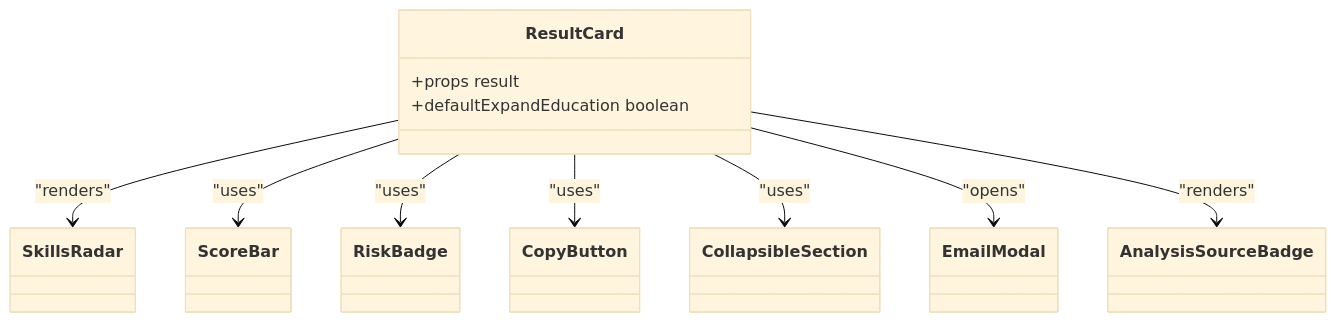
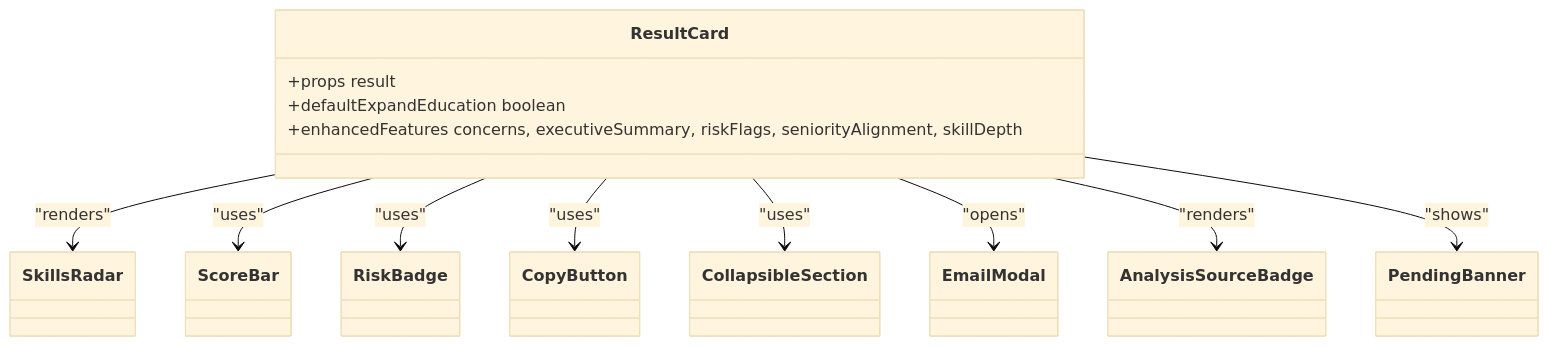
The fourth of 5 diagrams in .qoder/repowiki/en/content/Frontend Architecture/Component Library.md (Revanththetalogics/aireume), drawn with Mermaid (base theme) before and after one commit. The commit also changed other lines of this file and 33 other files, not shown here.

````diff
--- a/.qoder/repowiki/en/content/Frontend Architecture/Component Library.md
+++ b/.qoder/repowiki/en/content/Frontend Architecture/Component Library.md
@@ -231,21 +259,24 @@
 ```mermaid
 classDiagram
 class ResultCard {
 +props result
 +defaultExpandEducation boolean
++enhancedFeatures concerns, executiveSummary, riskFlags, seniorityAlignment, skillDepth
 }
 class SkillsRadar
 class ScoreBar
 class RiskBadge
 class CopyButton
 class CollapsibleSection
 class EmailModal
 class AnalysisSourceBadge
+class PendingBanner
 ResultCard --> SkillsRadar : "renders"
 ResultCard --> ScoreBar : "uses"
 ResultCard --> RiskBadge : "uses"
 ResultCard --> CopyButton : "uses"
 ResultCard --> CollapsibleSection : "uses"
 ResultCard --> EmailModal : "opens"
 ResultCard --> AnalysisSourceBadge : "renders"
+ResultCard --> PendingBanner : "shows"
 ```
````
